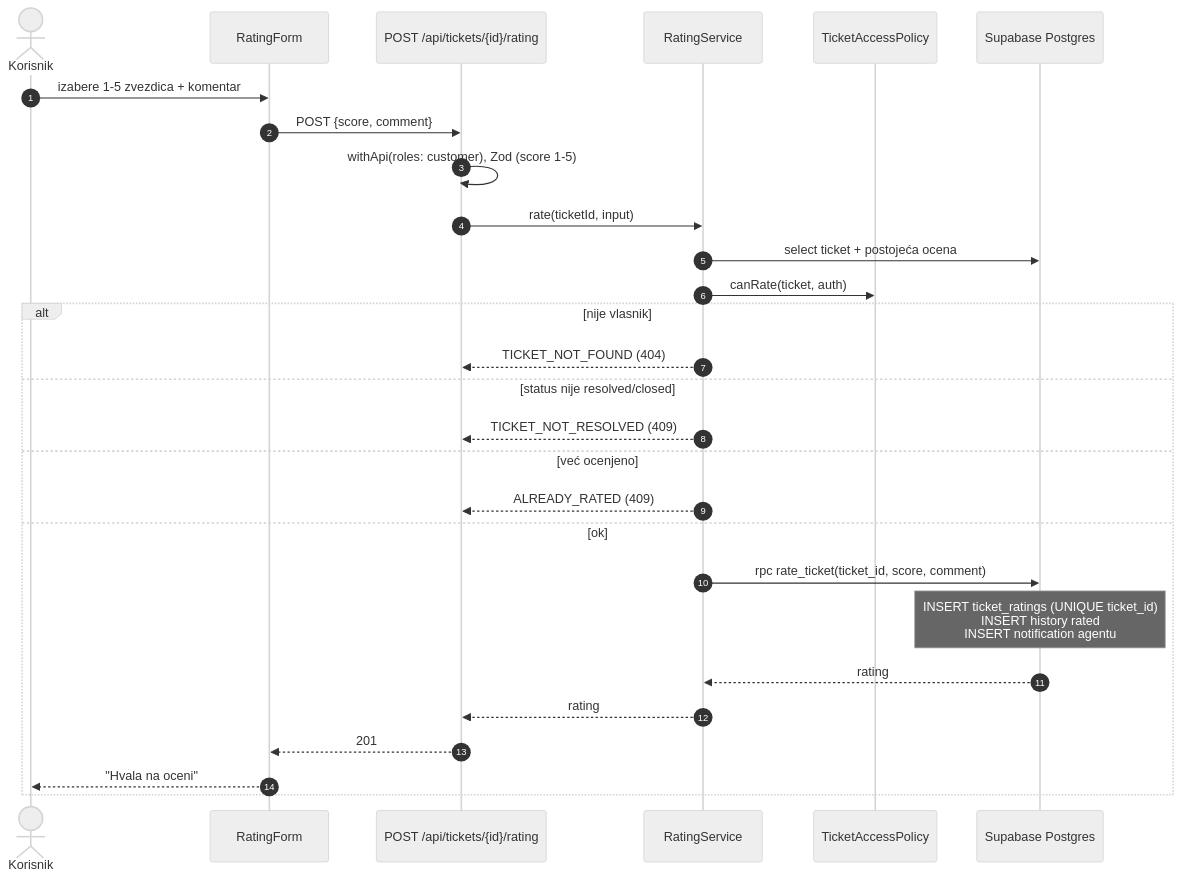
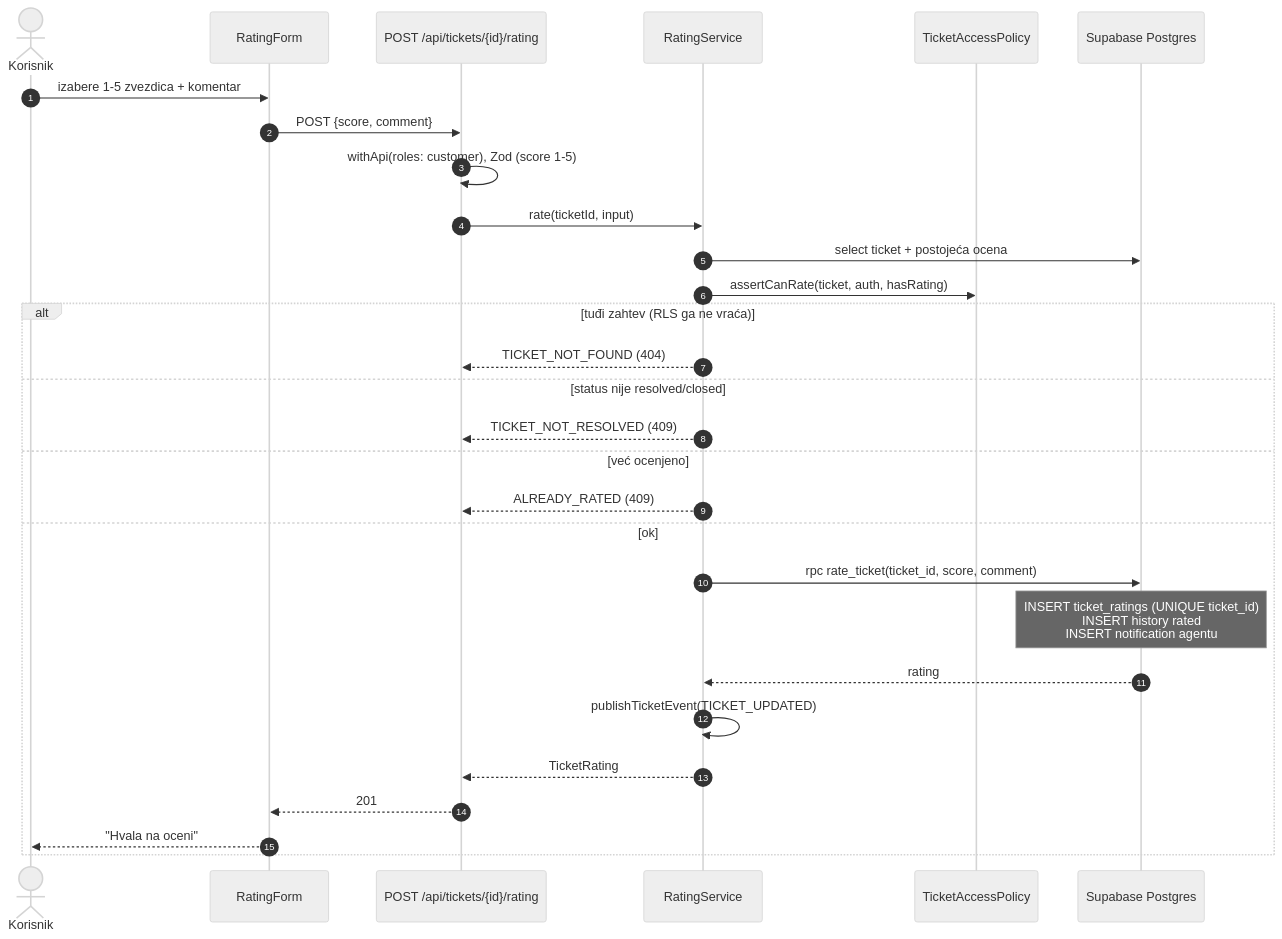
Before and after one commit to milutinpetrovic/diplomski-helpdesk: the ninth of 14 diagrams in docs/05-dijagrami-sekvenci.md, drawn with Mermaid (neutral theme). The commit also changed other lines of this file and 43 other files, not shown here.

First line of the commit message:
docs: sync diagrams and tables with the code (Phase 10b)

````diff
--- a/docs/05-dijagrami-sekvenci.md
+++ b/docs/05-dijagrami-sekvenci.md
@@ -315,31 +315,32 @@
 ```mermaid
 sequenceDiagram
     autonumber
     actor K as Korisnik
     participant RF as RatingForm
     participant R as POST /api/tickets/{id}/rating
     participant RS as RatingService
     participant TAP as TicketAccessPolicy
     participant DB as Supabase Postgres
 
     K->>RF: izabere 1-5 zvezdica + komentar
     RF->>R: POST {score, comment}
     R->>R: withApi(roles: customer), Zod (score 1-5)
     R->>RS: rate(ticketId, input)
     RS->>DB: select ticket + postojeća ocena
-    RS->>TAP: canRate(ticket, auth)
-    alt nije vlasnik
+    RS->>TAP: assertCanRate(ticket, auth, hasRating)
+    alt tuđi zahtev (RLS ga ne vraća)
         RS-->>R: TICKET_NOT_FOUND (404)
     else status nije resolved/closed
         RS-->>R: TICKET_NOT_RESOLVED (409)
     else već ocenjeno
         RS-->>R: ALREADY_RATED (409)
     else ok
         RS->>DB: rpc rate_ticket(ticket_id, score, comment)
         Note over DB: INSERT ticket_ratings (UNIQUE ticket_id)<br/>INSERT history rated<br/>INSERT notification agentu
         DB-->>RS: rating
-        RS-->>R: rating
+        RS->>RS: publishTicketEvent(TICKET_UPDATED)
+        RS-->>R: TicketRating
         R-->>RF: 201
         RF-->>K: "Hvala na oceni"
     end
 ```
````
